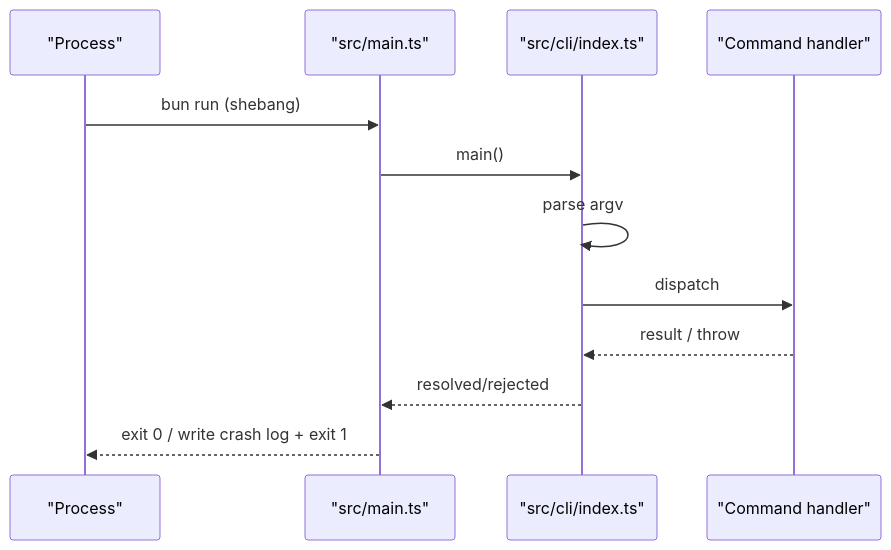
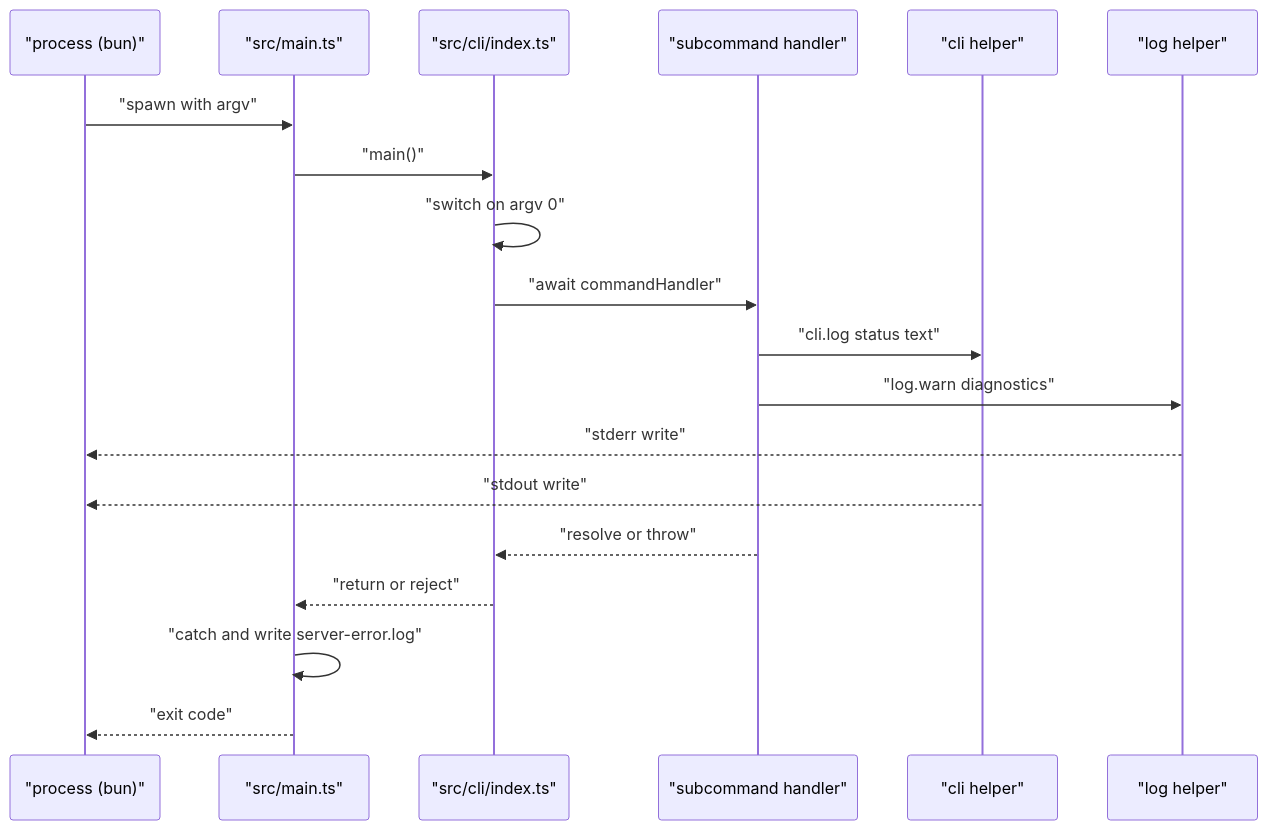
Before and after one commit to TheWinci/mimirs: the first of 2 diagrams in wiki/communities/cli-entry-core.md, drawn with Mermaid. The commit also changed other lines of this file and 36 other files, not shown here.

````diff
--- a/wiki/communities/cli-entry-core.md
+++ b/wiki/communities/cli-entry-core.md
@@ -13,14 +11,21 @@
 ```mermaid
 sequenceDiagram
-  participant proc as "Process"
-  participant mainTs as "src/main.ts"
-  participant cliIdx as "src/cli/index.ts"
-  participant cmd as "Command handler"
-  proc->>mainTs: bun run (shebang)
-  mainTs->>cliIdx: main()
-  cliIdx->>cliIdx: parse argv
-  cliIdx->>cmd: dispatch
-  cmd-->>cliIdx: result / throw
-  cliIdx-->>mainTs: resolved/rejected
-  mainTs-->>proc: exit 0 / write crash log + exit 1
+    participant proc as "process (bun)"
+    participant entry as "src/main.ts"
+    participant dispatch as "src/cli/index.ts"
+    participant cmd as "subcommand handler"
+    participant out as "cli helper"
+    participant logSink as "log helper"
+    proc->>entry: "spawn with argv"
+    entry->>dispatch: "main()"
+    dispatch->>dispatch: "switch on argv 0"
+    dispatch->>cmd: "await commandHandler"
+    cmd->>out: "cli.log status text"
+    cmd->>logSink: "log.warn diagnostics"
+    logSink-->>proc: "stderr write"
+    out-->>proc: "stdout write"
+    cmd-->>dispatch: "resolve or throw"
+    dispatch-->>entry: "return or reject"
+    entry->>entry: "catch and write server-error.log"
+    entry-->>proc: "exit code"
 ```
````
